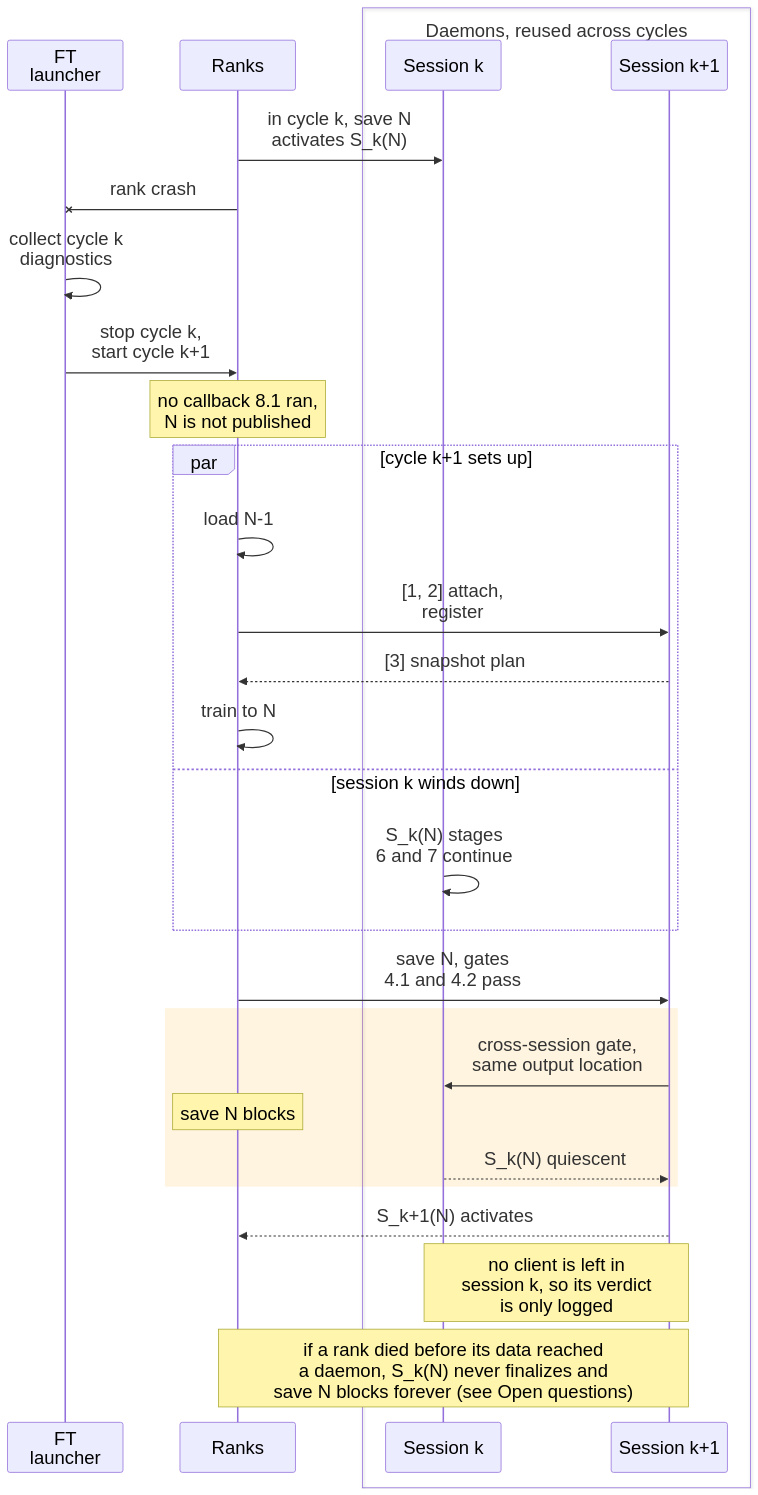
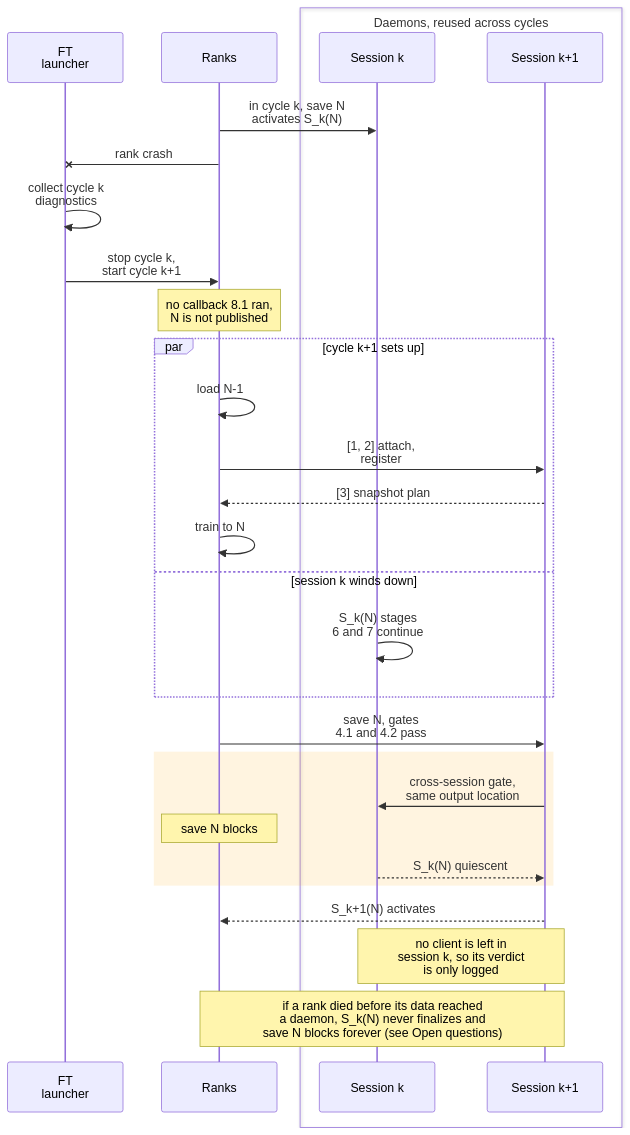
The fourth of 14 diagrams in docs/Design.md (ankurv-nvidia/nvrx_checkpointing), drawn with Mermaid before and after one commit. The commit also changed other lines of this file, not shown here.

Commit message:
Update diagrams

````diff
--- a/docs/Design.md
+++ b/docs/Design.md
@@ -423,33 +421,32 @@
 ```mermaid
-%%{init: {"fontSize": 24, "sequence": {"labelBoxWidth": 80, "labelBoxHeight": 38, "boxTextMargin": 10}}}%%
 sequenceDiagram
     participant FT as FT<br/>launcher
     participant R as Ranks
     box Daemons, reused across cycles
         participant SK as Session k
         participant SK1 as Session k+1
     end
 
     R->>SK: in cycle k, save N<br/>activates S_k(N)
     R-xFT: rank crash
     FT->>FT: collect cycle k<br/>diagnostics
     FT->>R: stop cycle k,<br/>start cycle k+1
     Note over R: no callback 8.1 ran,<br/>N is not published
     par cycle k+1 sets up
         R->>R: load N-1
         R->>SK1: [1, 2] attach,<br/>register
         SK1-->>R: [3] snapshot plan
         R->>R: train to N
     and session k winds down
         SK->>SK: S_k(N) stages<br/>6 and 7 continue
     end
     R->>SK1: save N, gates<br/>4.1 and 4.2 pass
     rect rgba(255,165,0,0.12)
         SK1->>SK: cross-session gate,<br/>same output location
         Note over R: save N blocks
         SK-->>SK1: S_k(N) quiescent
     end
     SK1-->>R: S_k+1(N) activates
     Note over SK,SK1: no client is left in<br/>session k, so its verdict<br/>is only logged
     Note over R,SK1: if a rank died before its data reached<br/>a daemon, S_k(N) never finalizes and<br/>save N blocks forever (see Open questions)
 ```
````
